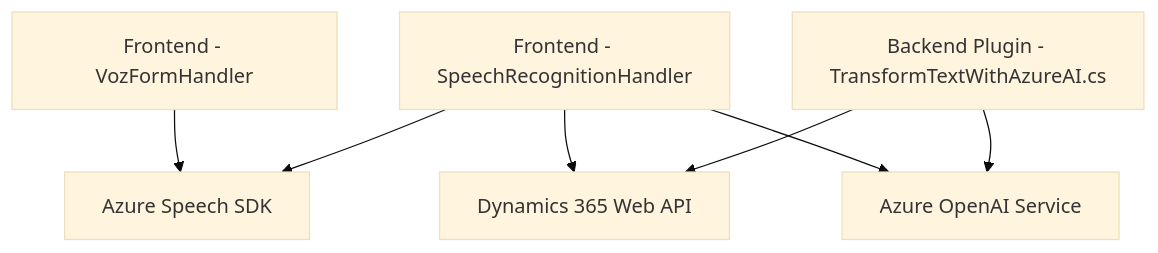
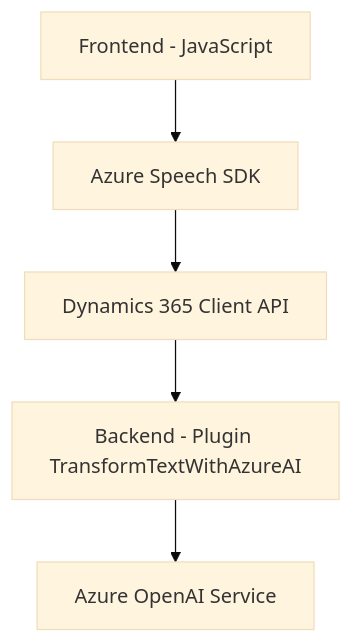
One commit to blopezdm/NETCORE_BILBAO2025 changed the third of 3 diagrams in README.md. Above: the diagram before and after it, drawn with Mermaid (base theme). The commit also changed other lines of this file, not shown here.

````diff
--- a/README.md
+++ b/README.md
@@ -52,16 +61,7 @@
 ```mermaid
 graph TD
-    A["Frontend - VozFormHandler"]
-    B["Frontend - SpeechRecognitionHandler"]
-    C["Backend Plugin - TransformTextWithAzureAI.cs"]
-    D["Azure Speech SDK"]
-    E["Dynamics 365 Web API"]
-    F["Azure OpenAI Service"]
-
-    A --> D
-    B --> D
-    B --> E
-    B --> F
-    C --> F
-    C --> E
+A["Frontend - JavaScript"] --> B["Azure Speech SDK"]
+B --> C["Dynamics 365 Client API"]
+C --> D["Backend - Plugin TransformTextWithAzureAI"]
+D --> E["Azure OpenAI Service"]
 ```
````
